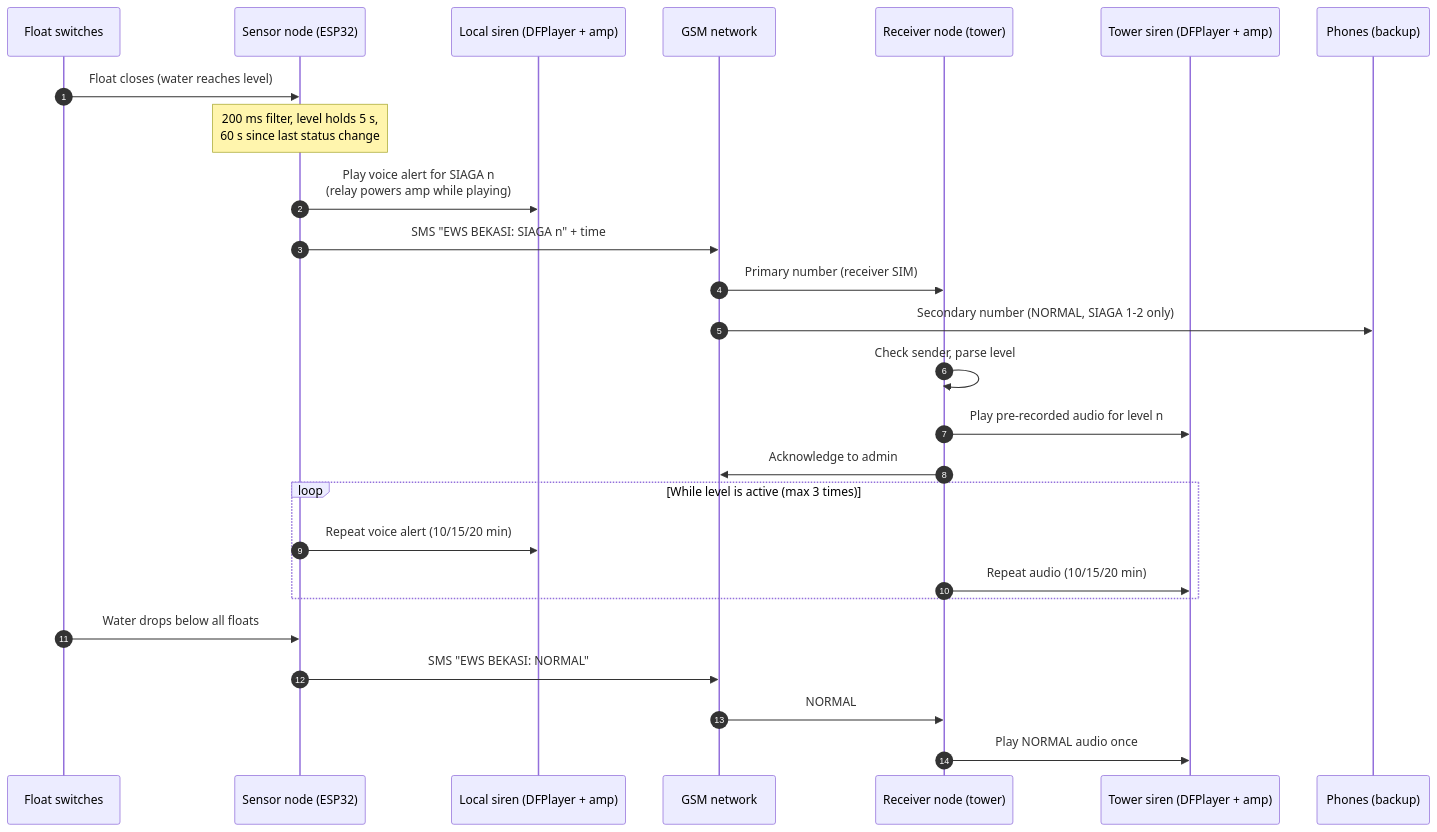
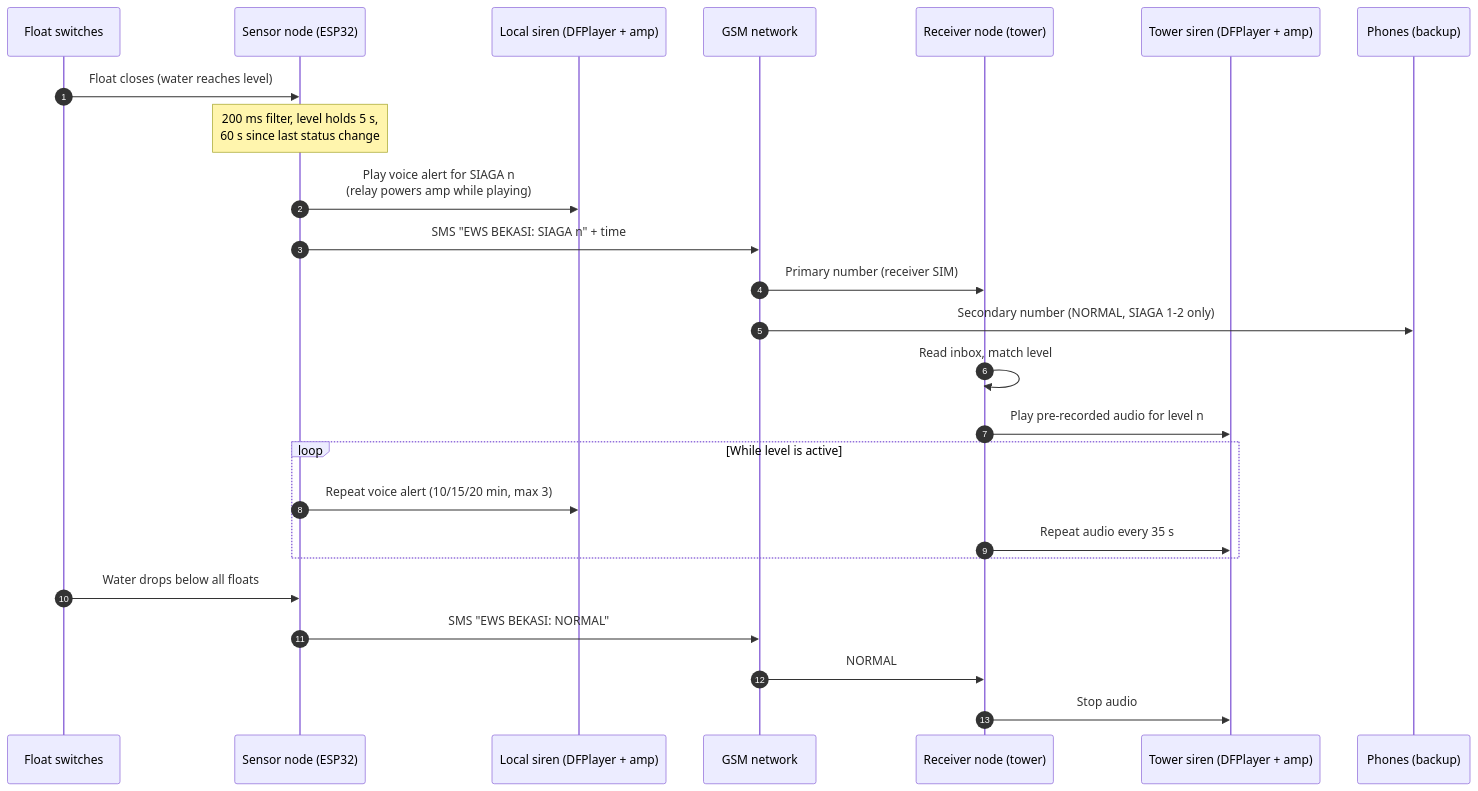
The diagram in README.md (balkan16/flood-early-warning-system), drawn with Mermaid before and after one commit. The commit also changed other lines of this file and 4 other files, not shown here.

````diff
--- a/README.md
+++ b/README.md
@@ -24,29 +24,28 @@
 ```mermaid
 sequenceDiagram
     autonumber
     participant F as Float switches
     participant S as Sensor node (ESP32)
     participant L as Local siren (DFPlayer + amp)
     participant G as GSM network
     participant R as Receiver node (tower)
     participant T as Tower siren (DFPlayer + amp)
     participant P as Phones (backup)
 
     F->>S: Float closes (water reaches level)
     Note over S: 200 ms filter, level holds 5 s,<br/>60 s since last status change
     S->>L: Play voice alert for SIAGA n<br/>(relay powers amp while playing)
     S->>G: SMS "EWS BEKASI: SIAGA n" + time
     G->>R: Primary number (receiver SIM)
     G->>P: Secondary number (NORMAL, SIAGA 1-2 only)
-    R->>R: Check sender, parse level
+    R->>R: Read inbox, match level
     R->>T: Play pre-recorded audio for level n
-    R->>G: Acknowledge to admin
-    loop While level is active (max 3 times)
-        S->>L: Repeat voice alert (10/15/20 min)
-        R->>T: Repeat audio (10/15/20 min)
+    loop While level is active
+        S->>L: Repeat voice alert (10/15/20 min, max 3)
+        R->>T: Repeat audio every 35 s
     end
     F->>S: Water drops below all floats
     S->>G: SMS "EWS BEKASI: NORMAL"
     G->>R: NORMAL
-    R->>T: Play NORMAL audio once
+    R->>T: Stop audio
 ```
````
